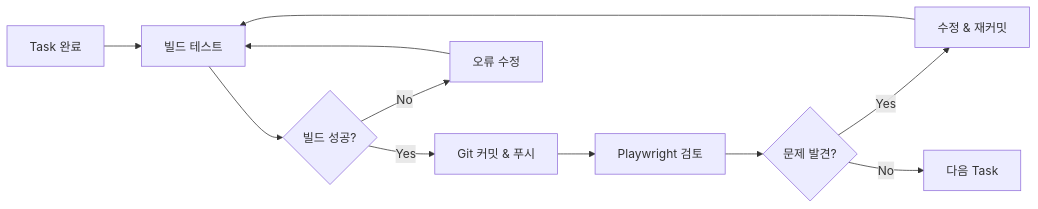
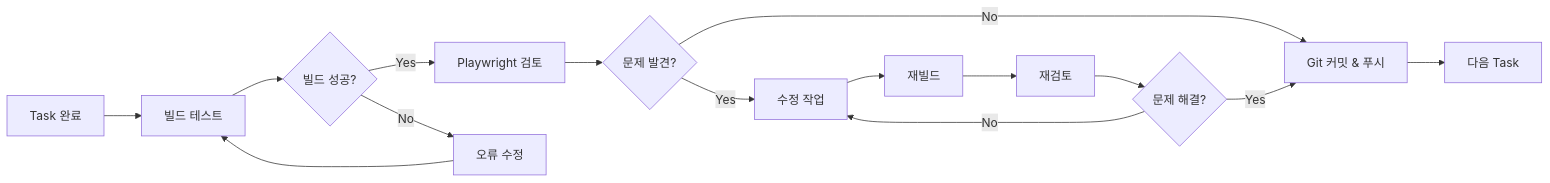
Before and after one commit to bambooty57/ecu-manager-supabase: the first of 2 diagrams in .cursor/rules/development_workflow.mdc, drawn with Mermaid. The commit also changed other lines of this file, not shown here.

First line of the commit message:
워크플로우 최종 완성: 완전한 자동화 시스템 구축 (검증 완료)

````diff
--- a/.cursor/rules/development_workflow.mdc
+++ b/.cursor/rules/development_workflow.mdc
@@ -22,13 +22,17 @@
 ```mermaid
 graph LR
     A[Task 완료] --> B[빌드 테스트]
     B --> C{빌드 성공?}
-    C -->|Yes| D[Git 커밋 & 푸시]
+    C -->|Yes| D[Playwright 검토]
     C -->|No| E[오류 수정]
     E --> B
-    D --> F[Playwright 검토]
-    F --> G{문제 발견?}
-    G -->|Yes| H[수정 & 재커밋]
-    G -->|No| I[다음 Task]
-    H --> B
+    D --> F{문제 발견?}
+    F -->|No| G[Git 커밋 & 푸시]
+    F -->|Yes| H[수정 작업]
+    H --> I[재빌드]
+    I --> J[재검토]
+    J --> K{문제 해결?}
+    K -->|Yes| G
+    K -->|No| H
+    G --> L[다음 Task]
 ```
````
